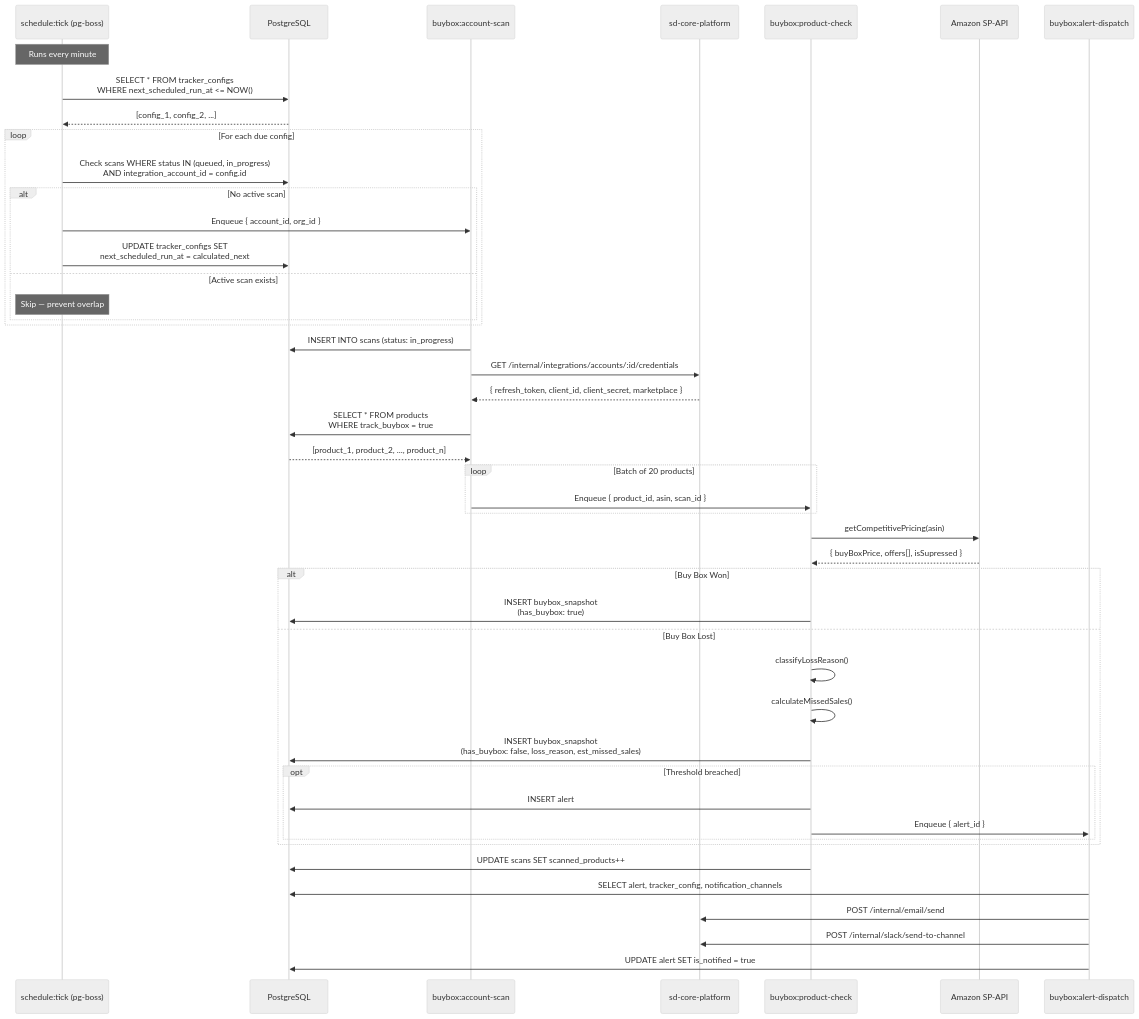
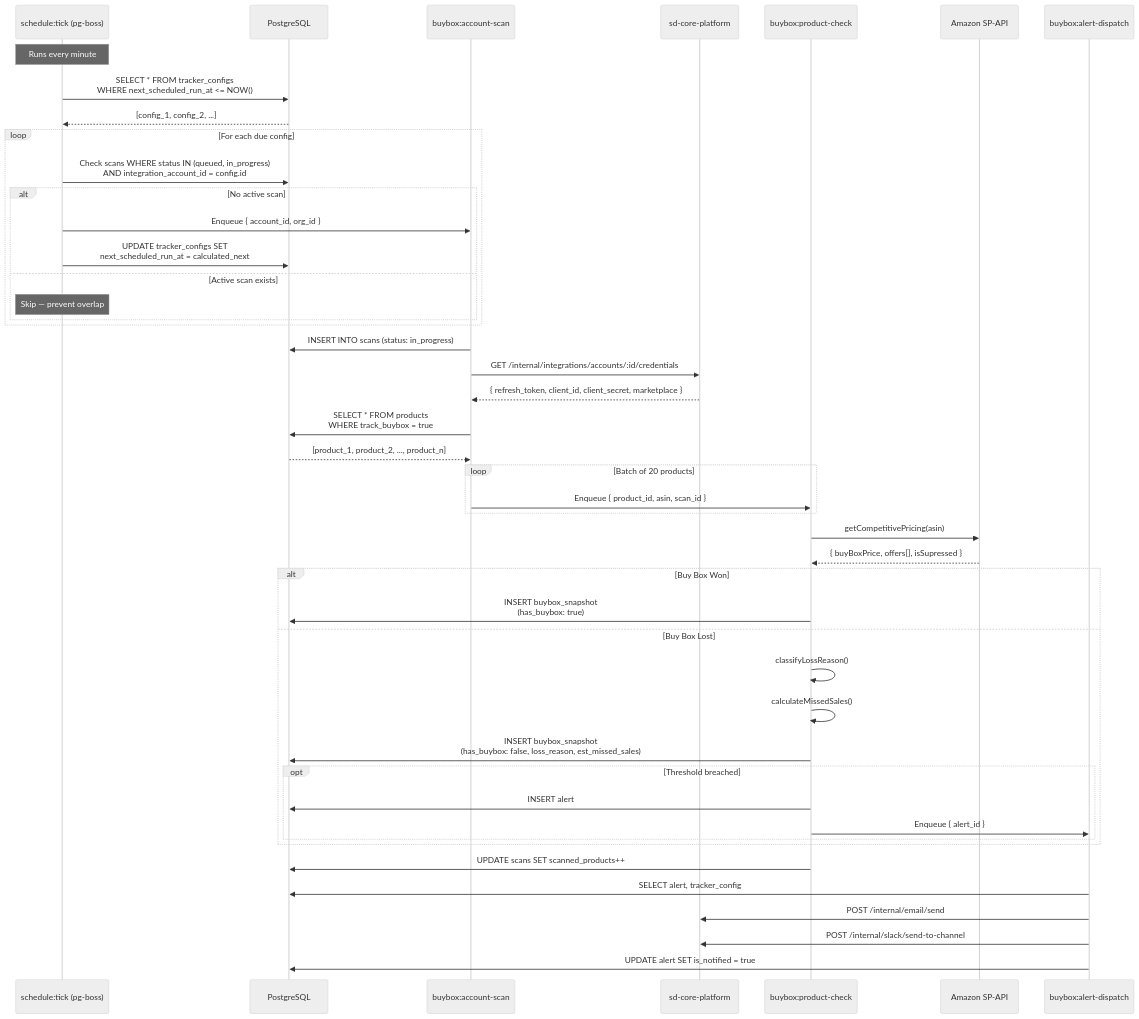
One commit to salesduo-arnav/sd-buybox changed the first of 6 diagrams in docs/flow_diagrams.md. Above: the diagram before and after it, drawn with Mermaid (neutral theme). The commit also changed other lines of this file and 4 other files, not shown here.

````diff
--- a/docs/flow_diagrams.md
+++ b/docs/flow_diagrams.md
@@ -9,58 +9,58 @@
 ```mermaid
 sequenceDiagram
     participant Tick as schedule:tick (pg-boss)
     participant DB as PostgreSQL
     participant AccountJob as buybox:account-scan
     participant Core as sd-core-platform
     participant ProductJob as buybox:product-check
     participant SPAPI as Amazon SP-API
     participant AlertJob as buybox:alert-dispatch
 
     Note over Tick: Runs every minute
 
     Tick->>DB: SELECT * FROM tracker_configs<br/>WHERE next_scheduled_run_at <= NOW()
     DB-->>Tick: [config_1, config_2, ...]
 
     loop For each due config
         Tick->>DB: Check scans WHERE status IN (queued, in_progress)<br/>AND integration_account_id = config.id
         alt No active scan
             Tick->>AccountJob: Enqueue { account_id, org_id }
             Tick->>DB: UPDATE tracker_configs SET<br/>next_scheduled_run_at = calculated_next
         else Active scan exists
             Note over Tick: Skip — prevent overlap
         end
     end
 
     AccountJob->>DB: INSERT INTO scans (status: in_progress)
     AccountJob->>Core: GET /internal/integrations/accounts/:id/credentials
     Core-->>AccountJob: { refresh_token, client_id, client_secret, marketplace }
     AccountJob->>DB: SELECT * FROM products<br/>WHERE track_buybox = true
     DB-->>AccountJob: [product_1, product_2, ..., product_n]
 
     loop Batch of 20 products
         AccountJob->>ProductJob: Enqueue { product_id, asin, scan_id }
     end
 
     ProductJob->>SPAPI: getCompetitivePricing(asin)
     SPAPI-->>ProductJob: { buyBoxPrice, offers[], isSupressed }
 
     alt Buy Box Won
         ProductJob->>DB: INSERT buybox_snapshot<br/>(has_buybox: true)
     else Buy Box Lost
         ProductJob->>ProductJob: classifyLossReason()
         ProductJob->>ProductJob: calculateMissedSales()
         ProductJob->>DB: INSERT buybox_snapshot<br/>(has_buybox: false, loss_reason, est_missed_sales)
 
         opt Threshold breached
             ProductJob->>DB: INSERT alert
             ProductJob->>AlertJob: Enqueue { alert_id }
         end
     end
 
     ProductJob->>DB: UPDATE scans SET scanned_products++
 
-    AlertJob->>DB: SELECT alert, tracker_config, notification_channels
+    AlertJob->>DB: SELECT alert, tracker_config
     AlertJob->>Core: POST /internal/email/send
     AlertJob->>Core: POST /internal/slack/send-to-channel
     AlertJob->>DB: UPDATE alert SET is_notified = true
 ```
````
